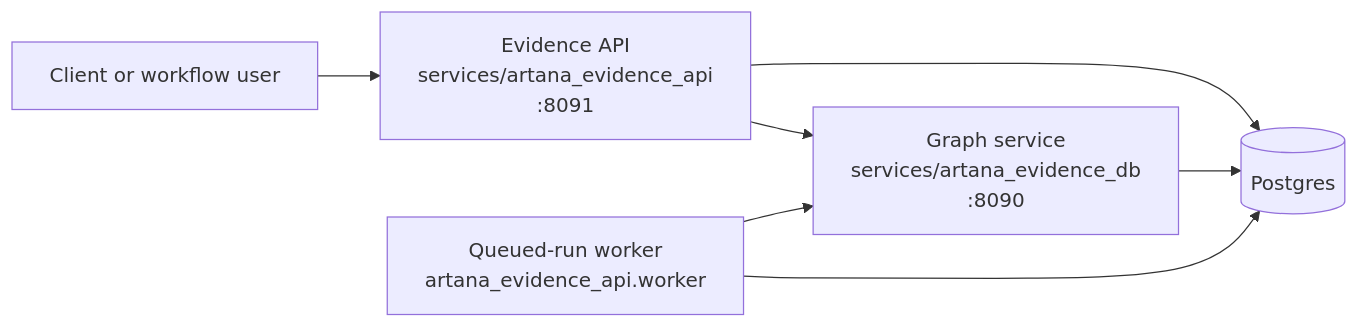
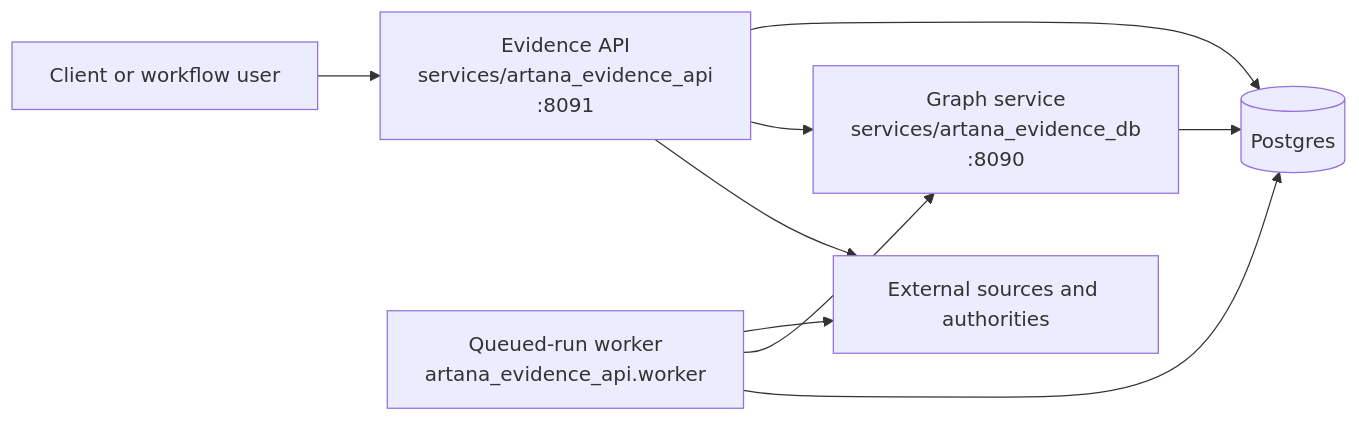
One commit to med13foundation/artana-evidence-platform changed the first of 2 diagrams in README.md. Above: the diagram before and after it, drawn with Mermaid. The commit also changed other lines of this file, not shown here.

````diff
--- a/README.md
+++ b/README.md
@@ -123,9 +200,11 @@
 ```mermaid
 flowchart LR
     Client["Client or workflow user"] --> API["Evidence API<br/>services/artana_evidence_api<br/>:8091"]
+    API --> Sources["External sources and authorities"]
     API --> DB["Graph service<br/>services/artana_evidence_db<br/>:8090"]
     API --> PG[("Postgres")]
     Worker["Queued-run worker<br/>artana_evidence_api.worker"] --> PG
     Worker --> DB
+    Worker --> Sources
     DB --> PG
 ```
````
